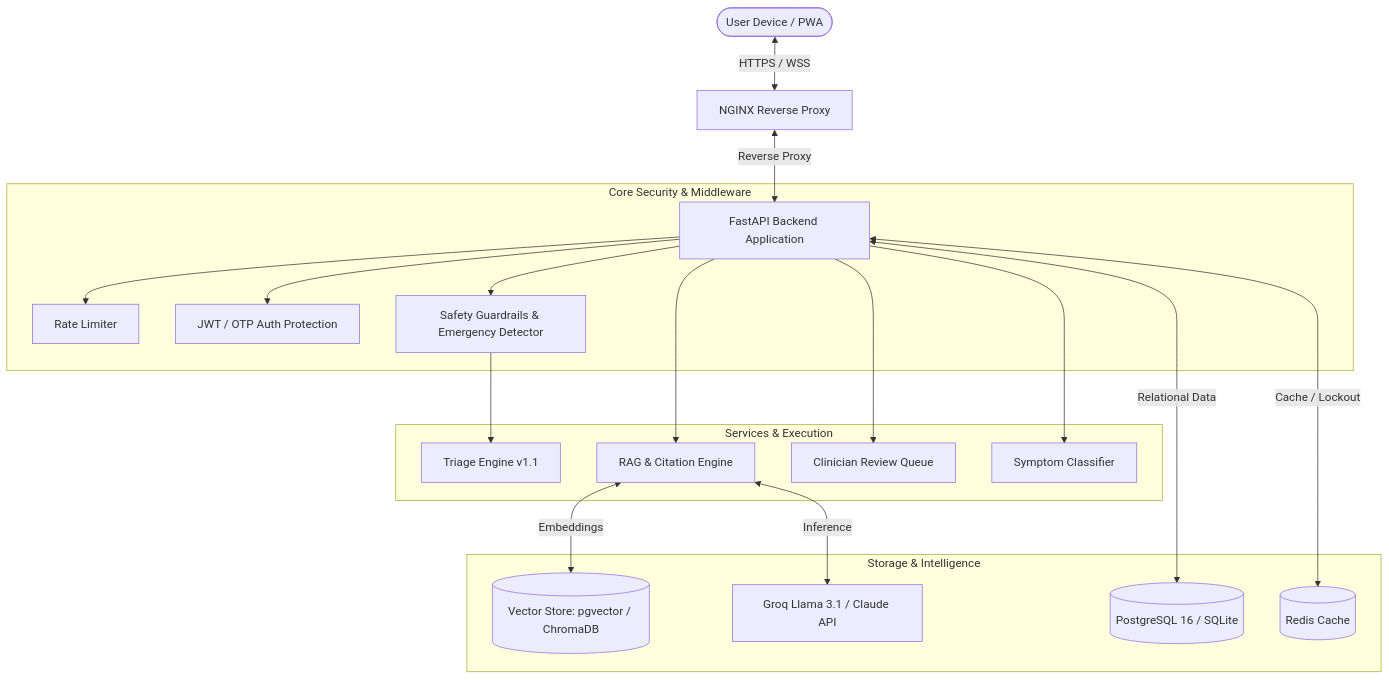
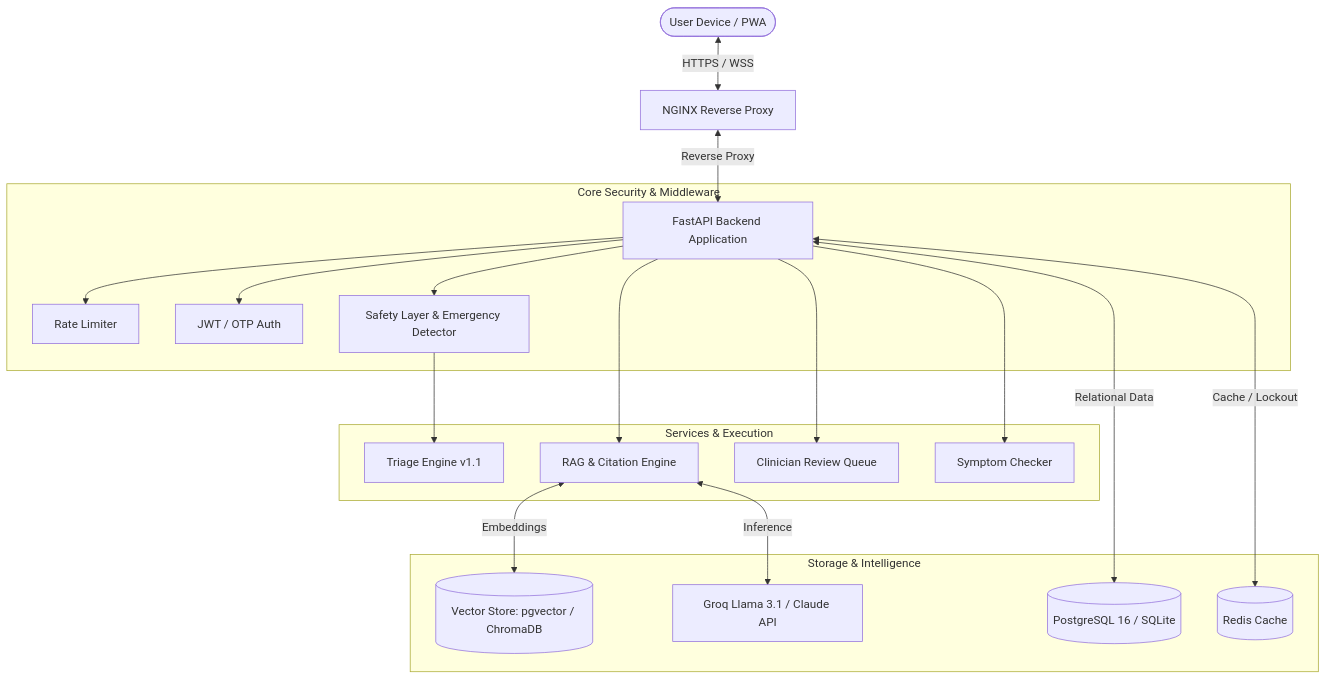
The diagram in README.md (DevPranavJad700/healthbuddy-ai-assistant), drawn with Mermaid before and after one commit. The commit also changed other lines of this file, not shown here.

````diff
--- a/README.md
+++ b/README.md
@@ -81,25 +98,25 @@
 ```mermaid
 graph TD
     User([User Device / PWA]) <--> |HTTPS / WSS| NGINX[NGINX Reverse Proxy]
     NGINX <--> |Reverse Proxy| FastAPI[FastAPI Backend Application]
     
     subgraph "Core Security & Middleware"
         FastAPI --> RateLimiter[Rate Limiter]
-        FastAPI --> AuthGuard[JWT / OTP Auth Protection]
-        FastAPI --> SafetyLayer[Safety Guardrails & Emergency Detector]
+        FastAPI --> AuthGuard[JWT / OTP Auth]
+        FastAPI --> SafetyLayer[Safety Layer & Emergency Detector]
     end
     
     subgraph "Services & Execution"
         SafetyLayer --> Triage[Triage Engine v1.1]
         FastAPI --> RAG[RAG & Citation Engine]
         FastAPI --> ClinicianQueue[Clinician Review Queue]
-        FastAPI --> SymptomChecker[Symptom Classifier]
+        FastAPI --> SymptomChecker[Symptom Checker]
     end
     
     subgraph "Storage & Intelligence"
         RAG <--> |Embeddings| VectorStore[(Vector Store: pgvector / ChromaDB)]
         RAG <--> |Inference| GroqLLM[Groq Llama 3.1 / Claude API]
         FastAPI <--> |Relational Data| DB[(PostgreSQL 16 / SQLite)]
         FastAPI <--> |Cache / Lockout| Redis[(Redis Cache)]
     end
 ```
````
